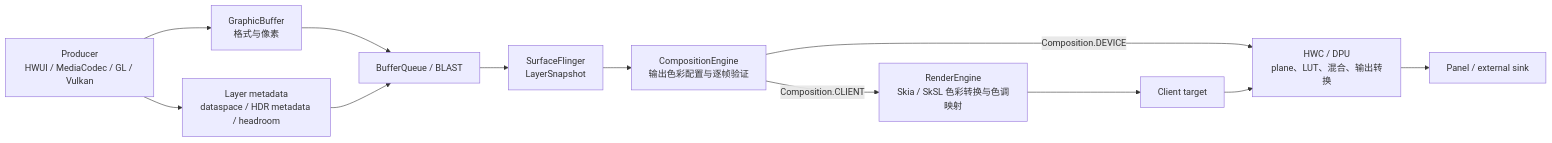
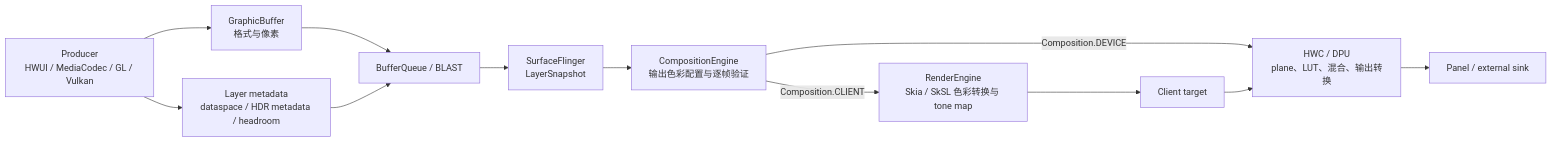
One commit to Gracker/android-internals-wiki changed the diagram in src/part1-fundamentals/ch02-rendering/31-hdr-color-management-pipeline-performance.md. Above: the diagram before and after it, drawn with Mermaid. The commit also changed other lines of this file and 2 other files, not shown here.

````diff
--- a/src/part1-fundamentals/ch02-rendering/31-hdr-color-management-pipeline-performance.md
+++ b/src/part1-fundamentals/ch02-rendering/31-hdr-color-management-pipeline-performance.md
@@ -85,14 +85,14 @@
 ```mermaid
 flowchart LR
     P["Producer<br/>HWUI / MediaCodec / GL / Vulkan"] --> B["GraphicBuffer<br/>格式与像素"]
     P --> M["Layer metadata<br/>dataspace / HDR metadata / headroom"]
     B --> Q["BufferQueue / BLAST"]
     M --> Q
     Q --> SF["SurfaceFlinger<br/>LayerSnapshot"]
     SF --> CE["CompositionEngine<br/>输出色彩配置与逐帧验证"]
     CE -->|"Composition.DEVICE"| HWC["HWC / DPU<br/>plane、LUT、混合、输出转换"]
-    CE -->|"Composition.CLIENT"| RE["RenderEngine<br/>Skia / SkSL 色彩转换与色调映射"]
+    CE -->|"Composition.CLIENT"| RE["RenderEngine<br/>Skia / SkSL 色彩转换与 tone map"]
     RE --> CT["Client target"]
     CT --> HWC
     HWC --> PANEL["Panel / external sink"]
 ```
````
